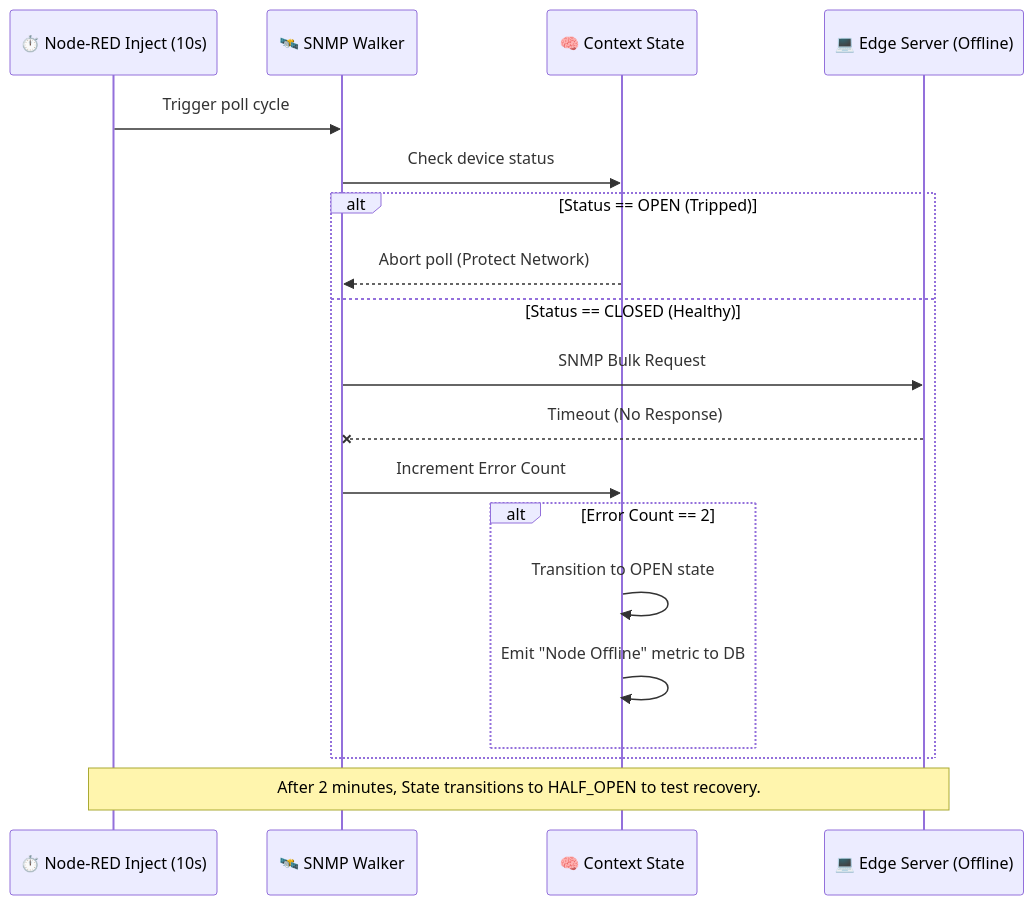
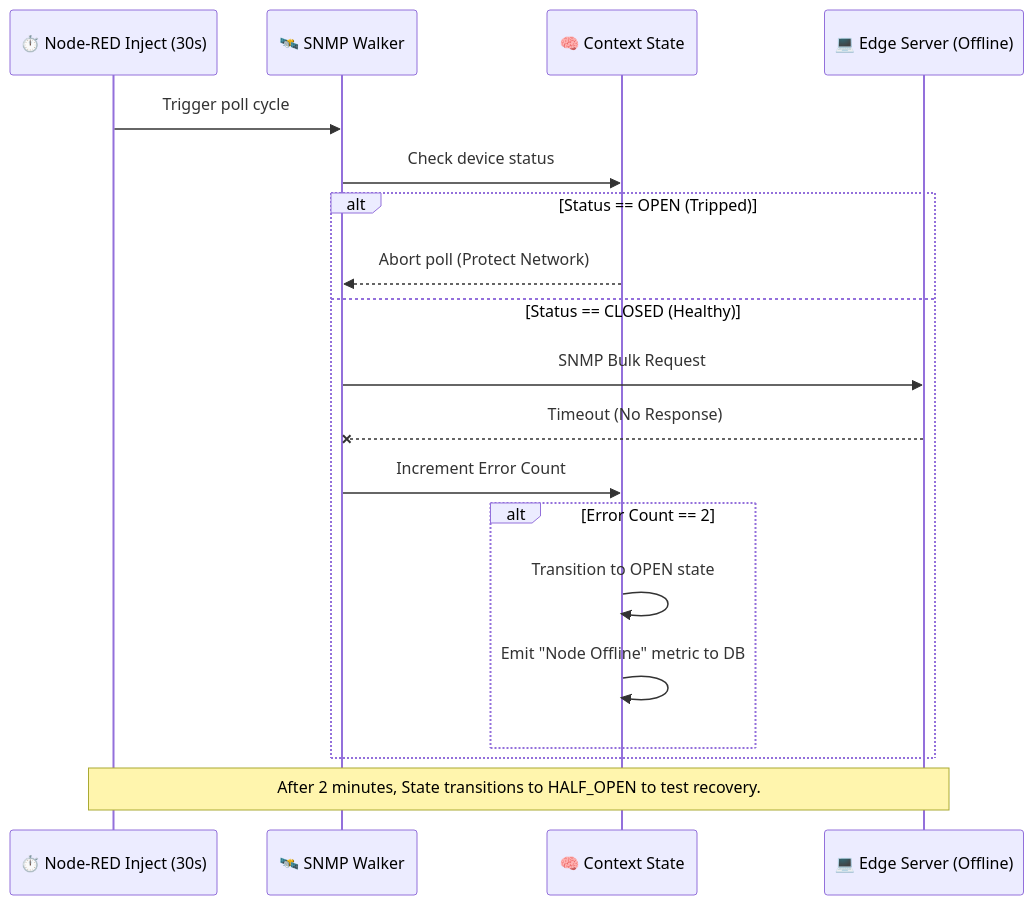
Before and after one commit to PATTANAKORN025/IMS: the third of 3 diagrams in docs/architecture/ARCHITECTURE_DIAGRAM.md, drawn with Mermaid. The commit also changed other lines of this file and 13 other files, not shown here.

````diff
--- a/docs/architecture/ARCHITECTURE_DIAGRAM.md
+++ b/docs/architecture/ARCHITECTURE_DIAGRAM.md
@@ -70,25 +70,25 @@
 ```mermaid
 sequenceDiagram
-    participant Timer as ⏱️ Node-RED Inject (10s)
+    participant Timer as ⏱️ Node-RED Inject (30s)
     participant Walker as 🛰️ SNMP Walker
     participant State as 🧠 Context State
     participant Device as 💻 Edge Server (Offline)
     
     Timer->>Walker: Trigger poll cycle
     Walker->>State: Check device status
     
     alt Status == OPEN (Tripped)
         State-->>Walker: Abort poll (Protect Network)
     else Status == CLOSED (Healthy)
         Walker->>Device: SNMP Bulk Request
         Device--xWalker: Timeout (No Response)
         Walker->>State: Increment Error Count
         
         alt Error Count == 2
             State->>State: Transition to OPEN state
             State->>State: Emit "Node Offline" metric to DB
         end
     end
     
     note over Timer,Device: After 2 minutes, State transitions to HALF_OPEN to test recovery.
 ```
````
